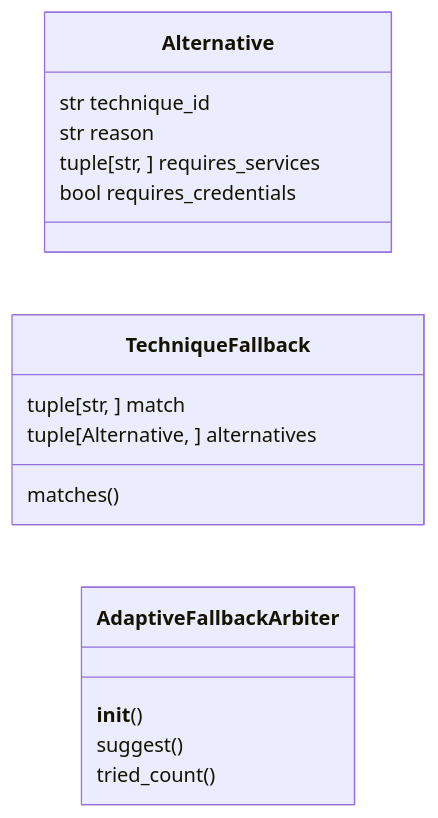
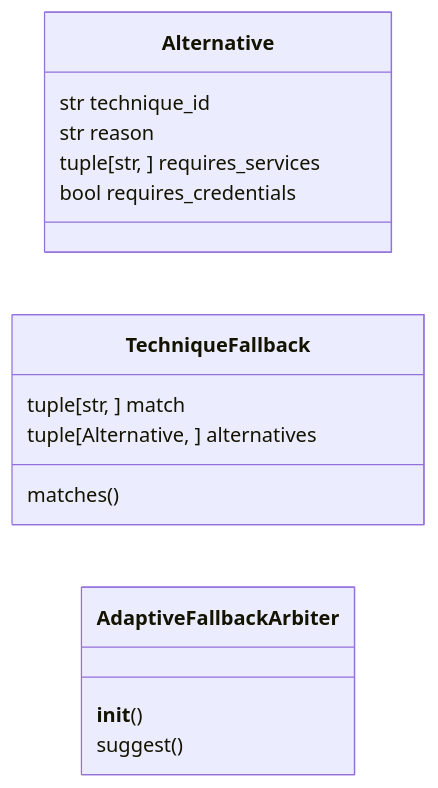
One commit to grisuno/LazyOwn changed the first of 2 diagrams in readmenator-apidocs/modules/modules.lazy_fallback.py.md. Above: the diagram before and after it, drawn with Mermaid. The commit also changed other lines of this file and 434 other files, not shown here.

````diff
--- a/readmenator-apidocs/modules/modules.lazy_fallback.py.md
+++ b/readmenator-apidocs/modules/modules.lazy_fallback.py.md
@@ -28,17 +28,16 @@
 ```mermaid
 classDiagram
     direction LR
     class Alternative
     Alternative : str technique_id
     Alternative : str reason
     Alternative : tuple[str, ] requires_services
     Alternative : bool requires_credentials
     class TechniqueFallback
     TechniqueFallback : tuple[str, ] match
     TechniqueFallback : tuple[Alternative, ] alternatives
     TechniqueFallback : matches()
     class AdaptiveFallbackArbiter
     AdaptiveFallbackArbiter : __init__()
     AdaptiveFallbackArbiter : suggest()
-    AdaptiveFallbackArbiter : tried_count()
 ```
````
